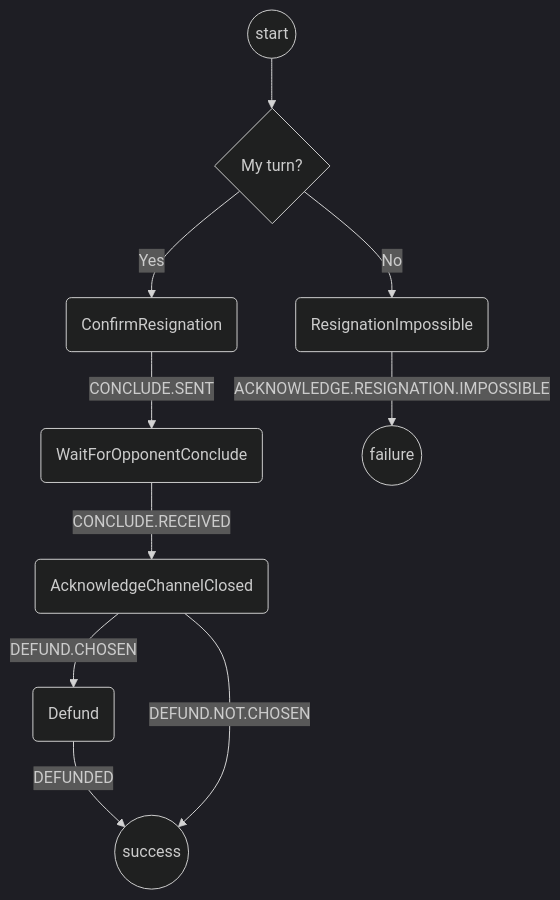
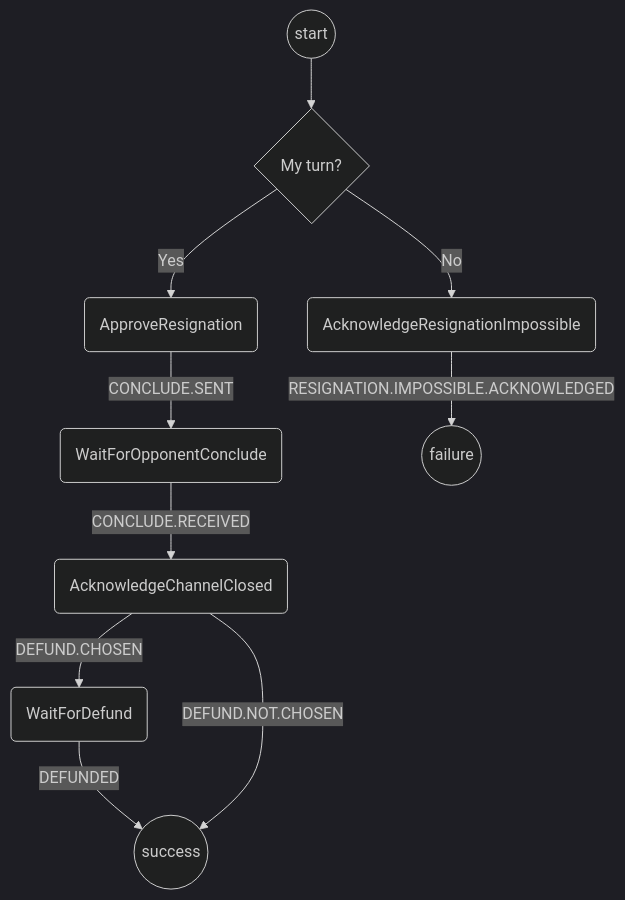
The diagram in packages/wallet/src/redux/protocols/resigning/readme.md (magmo/apps), drawn with Mermaid (dark theme) before and after one commit. The commit also changed 2 other files, not shown here.

Commit message:
Enforce conventions, add missing state
In response to reviewer comments:
- actions to end in -ed
- states are named as imperative verb

````diff
--- a/packages/wallet/src/redux/protocols/resigning/readme.md
+++ b/packages/wallet/src/redux/protocols/resigning/readme.md
@@ -20,12 +20,12 @@
 ```mermaid
 graph TD
   S((start)) --> CR{My turn?}
-  CR  --> |Yes| CC(ConfirmResignation)
-  CR  --> |No| RC(ResignationImpossible)
+  CR  --> |Yes| CC(ApproveResignation)
+  CR  --> |No| RC(AcknowledgeResignationImpossible)
   CC  --> |CONCLUDE.SENT| WOC(WaitForOpponentConclude)
   WOC --> |CONCLUDE.RECEIVED| ACC(AcknowledgeChannelClosed)
-  ACC --> |DEFUND.CHOSEN| D(Defund)
+  ACC --> |DEFUND.CHOSEN| D(WaitForDefund)
   D   --> |DEFUNDED| SS
   ACC --> |DEFUND.NOT.CHOSEN| SS((success))
-  RC  --> |ACKNOWLEDGE.RESIGNATION.IMPOSSIBLE| F((failure))
+  RC  --> |RESIGNATION.IMPOSSIBLE.ACKNOWLEDGED| F((failure))
 ```
````
